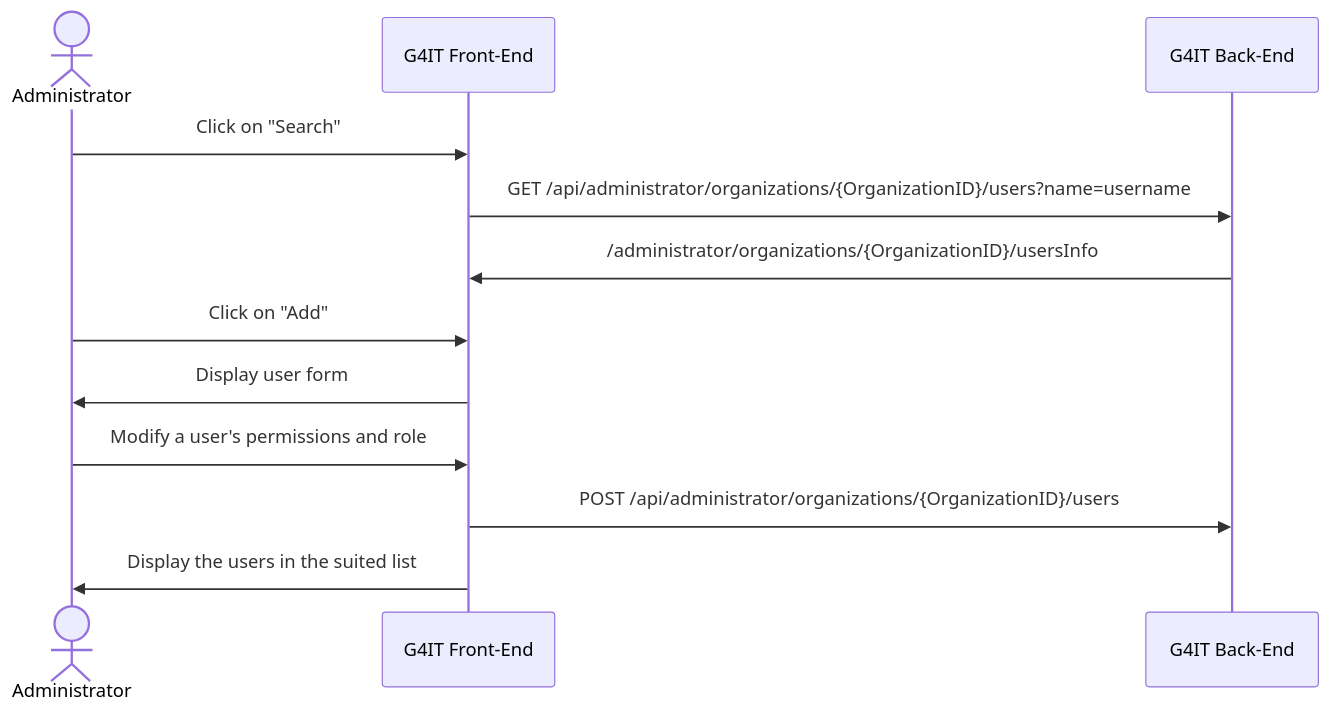
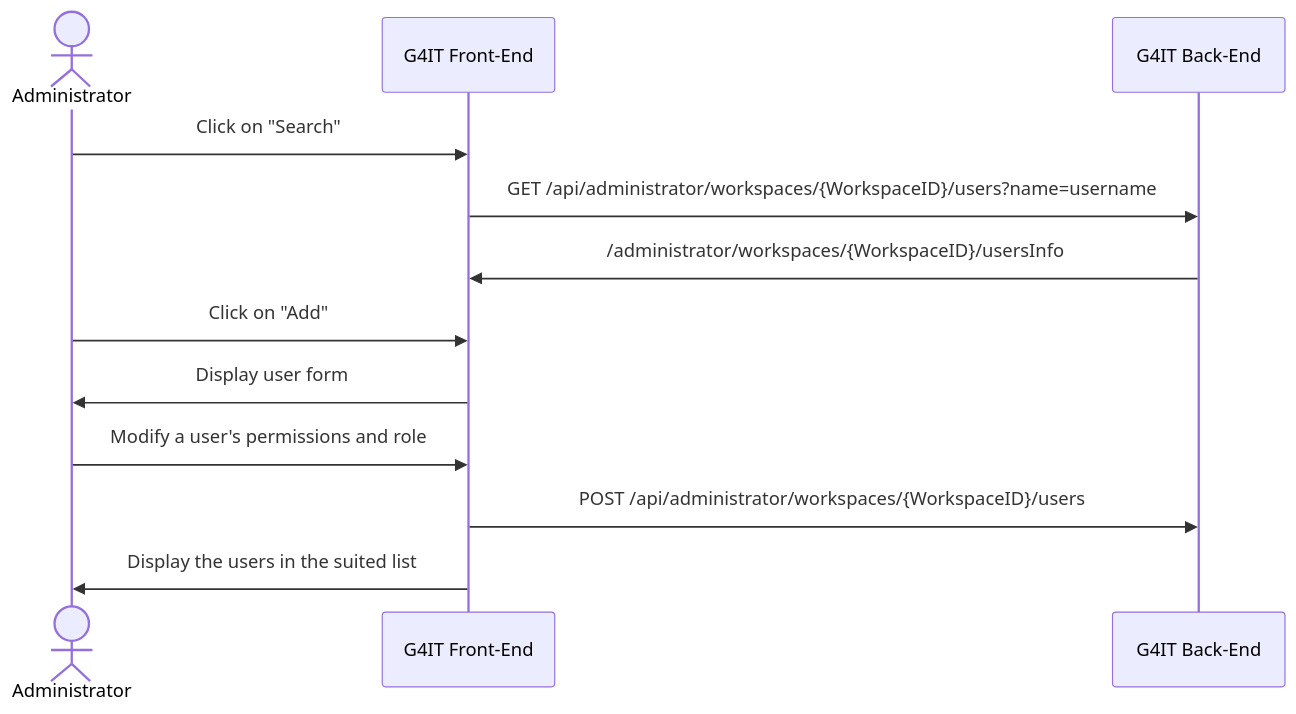
Before and after one commit to teamg4it/g4it: the second of 2 diagrams in services/documentation/content/2-functional-documentation/use_cases/uc_administration/uc_administration_manage_users/uc2_add_roles.md, drawn with Mermaid. The commit also changed other lines of this file and 92 other files, not shown here.

```diff
--- a/services/documentation/content/2-functional-documentation/use_cases/uc_administration/uc_administration_manage_users/uc2_add_roles.md
+++ b/services/documentation/content/2-functional-documentation/use_cases/uc_administration/uc_administration_manage_users/uc2_add_roles.md
@@ -66,15 +66,15 @@
 {{< mermaid >}}
 sequenceDiagram
 actor RND as Administrator
 participant front as G4IT Front-End
 participant back as G4IT Back-End
 
 RND ->> front: Click on "Search"
-front ->> back: GET /api/administrator/organizations/{OrganizationID}/users?name=username
-back ->>front: /administrator/organizations/{OrganizationID}/usersInfo
+front ->> back: GET /api/administrator/workspaces/{WorkspaceID}/users?name=username
+back ->>front: /administrator/workspaces/{WorkspaceID}/usersInfo
 RND ->> front: Click on "Add"
 front ->> RND: Display user form
 RND ->> front: Modify a user's permissions and role
-front ->> back: POST /api/administrator/organizations/{OrganizationID}/users
+front ->> back: POST /api/administrator/workspaces/{WorkspaceID}/users
 front ->> RND: Display the users in the suited list
 {{< /mermaid >}}
```
